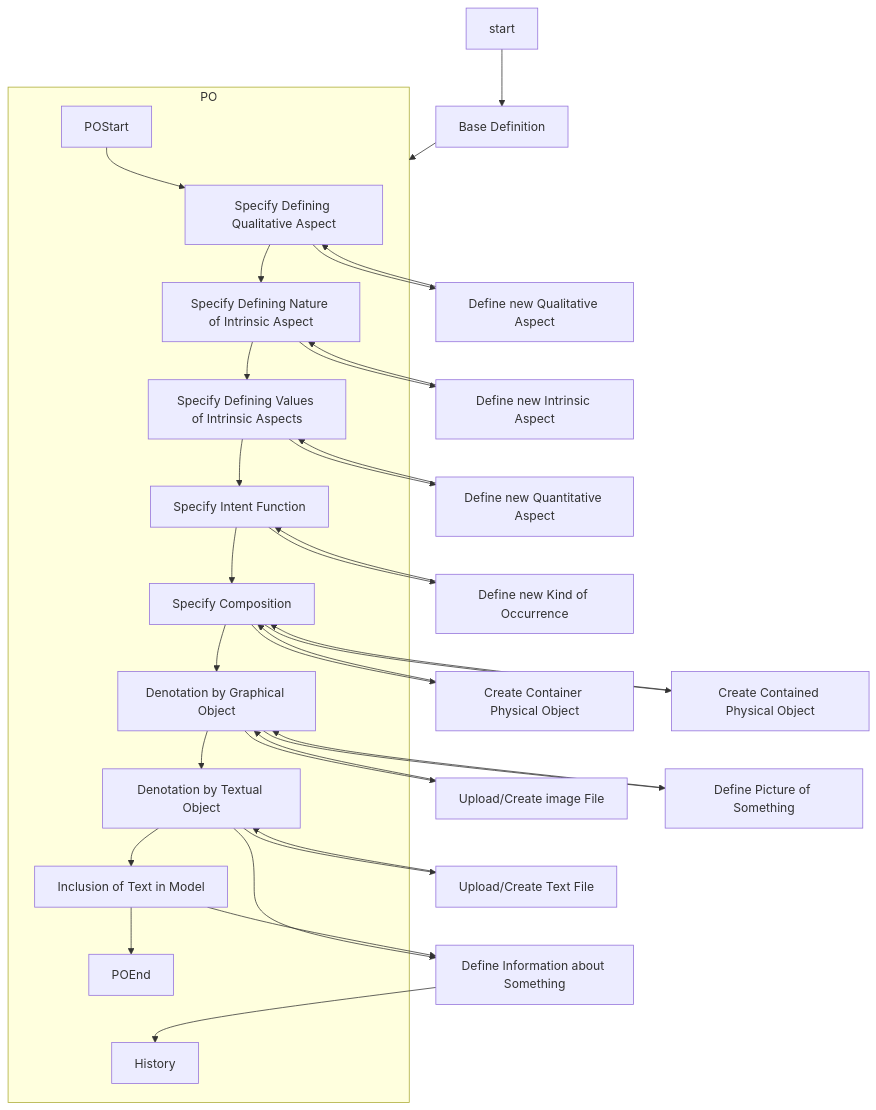
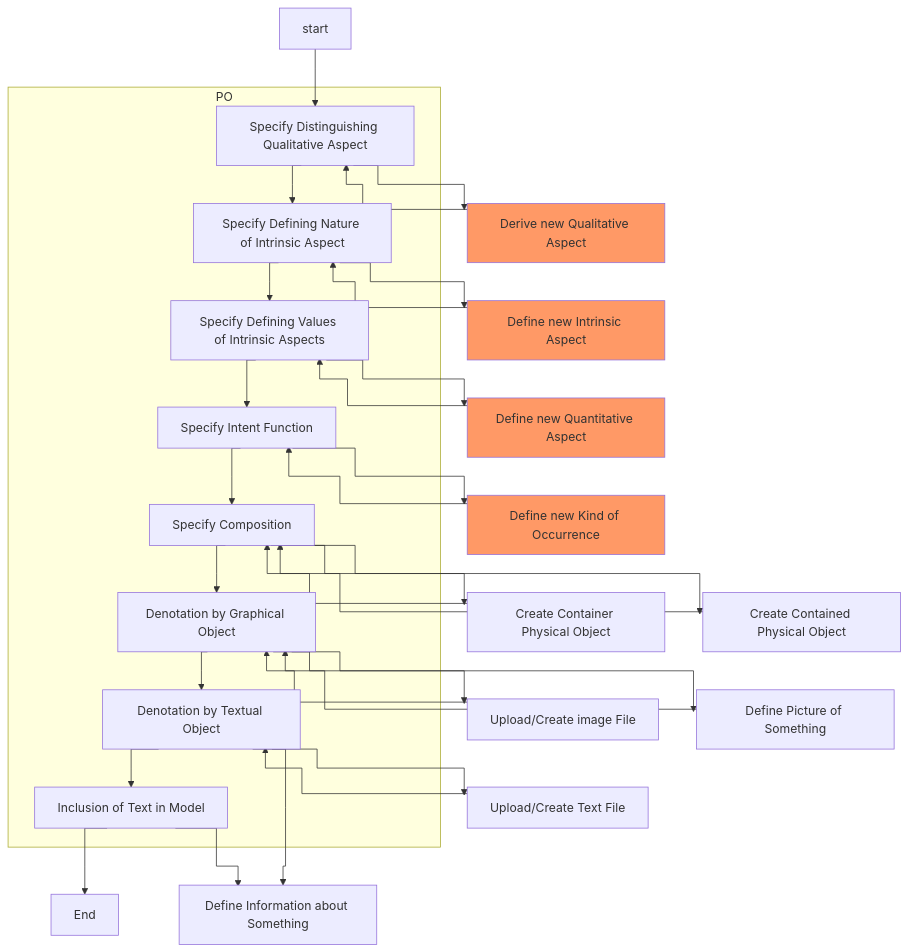
Before and after one commit to corpus-relica/corpus-relica.github.io: the diagram in docs/design/theory/quintessential-modelling/modelling-procedures/physical-object-definition-model.md, drawn with Mermaid. The commit also changed other lines of this file and 6 other files, not shown here.

````diff
--- a/docs/design/theory/quintessential-modelling/modelling-procedures/physical-object-definition-model.md
+++ b/docs/design/theory/quintessential-modelling/modelling-procedures/physical-object-definition-model.md
@@ -64,61 +3,62 @@
 ```mermaid
-flowchart TD
-    BD[Base Definition]
-    PO.SDQA[Specify Defining Qualitative Aspect]
-    DNQualA[Define new Qualitative Aspect]
+%%{ init: { 'flowchart': { 'curve': 'stepAfter' } } }%%
+flowchart TB
+    PO.SDQA[Specify Distinguishing Qualitative Aspect]
+    DNQualA[Derive new Qualitative Aspect]
     PO.SDNIA[Specify Defining Nature of Intrinsic Aspect]
     DNIntrA[Define new Intrinsic Aspect]
     SDVIA[Specify Defining Values of Intrinsic Aspects]
     DNQuantA[Define new Quantitative Aspect]
     PO.SIF[Specify Intent Function]
     DNKO[Define new Kind of Occurrence]
     PO.SC[Specify Composition]
     CCrPO[Create Container Physical Object]
     CCdPO[Create Contained Physical Object]
     DGO[Denotation by Graphical Object]
     DGO_UCIF[Upload/Create image File]
     DGO_DPS[Define Picture of Something]
     PO.DTO[Denotation by Textual Object]
     DTO_UCTF[Upload/Create Text File]
     DTO_DIS[Define Information about Something]
     PO.ITM[Inclusion of Text in Model]
-    PO.H[History]
+    E[End]
 
-    start --> BD
-    BD --> PO
+    start --> PO.SDQA
     subgraph PO
-        PO.H
-        POStart --> PO.SDQA
         PO.SDQA --> PO.SDNIA
         PO.SDNIA --> SDVIA
         SDVIA --> PO.SIF
         PO.SIF --> PO.SC
         PO.SC --> DGO
         DGO --> PO.DTO
         PO.DTO --> PO.ITM
-        PO.ITM --> POEnd
     end
+    PO.ITM --> E
     PO.SDQA --> DNQualA
-    DNQualA --> PO.SDQA
+    DNQualA:::external --> PO.SDQA
     PO.SDNIA --> DNIntrA
-    DNIntrA --> PO.SDNIA
+    DNIntrA:::external --> PO.SDNIA
     SDVIA --> DNQuantA
-    DNQuantA --> SDVIA
+    DNQuantA:::external --> SDVIA
     PO.SIF --> DNKO
-    DNKO --> PO.SIF
+    DNKO:::external --> PO.SIF
     PO.SC --> CCrPO
     CCrPO --> PO.SC
     PO.SC --> CCdPO
     CCdPO --> PO.SC
     DGO --> DGO_UCIF
     DGO_UCIF --> DGO
     DGO --> DGO_DPS
     DGO_DPS --> DGO
     PO.DTO --> DTO_UCTF
     DTO_UCTF --> PO.DTO
     PO.DTO --> DTO_DIS
-    DTO_DIS --> PO.H
     PO.ITM --> DTO_DIS
 
-    click PO.SDQA "https://www.github.com" "This is a tooltip for a link"
+    click DNQualA "/docs/design/theory/quintessential-modelling/modelling-procedures/aspect-definition-model" "This is a tooltip for a link"
+    click DNIntrA "/docs/design/theory/quintessential-modelling/modelling-procedures/aspect-definition-model"
+    click DNQuantA "/docs/design/theory/quintessential-modelling/modelling-procedures/aspect-definition-model"
+    click DNKO "/docs/design/theory/quintessential-modelling/modelling-procedures/occurrence-definition-model"
+    
+    classDef external fill:#f96
 ```
````
